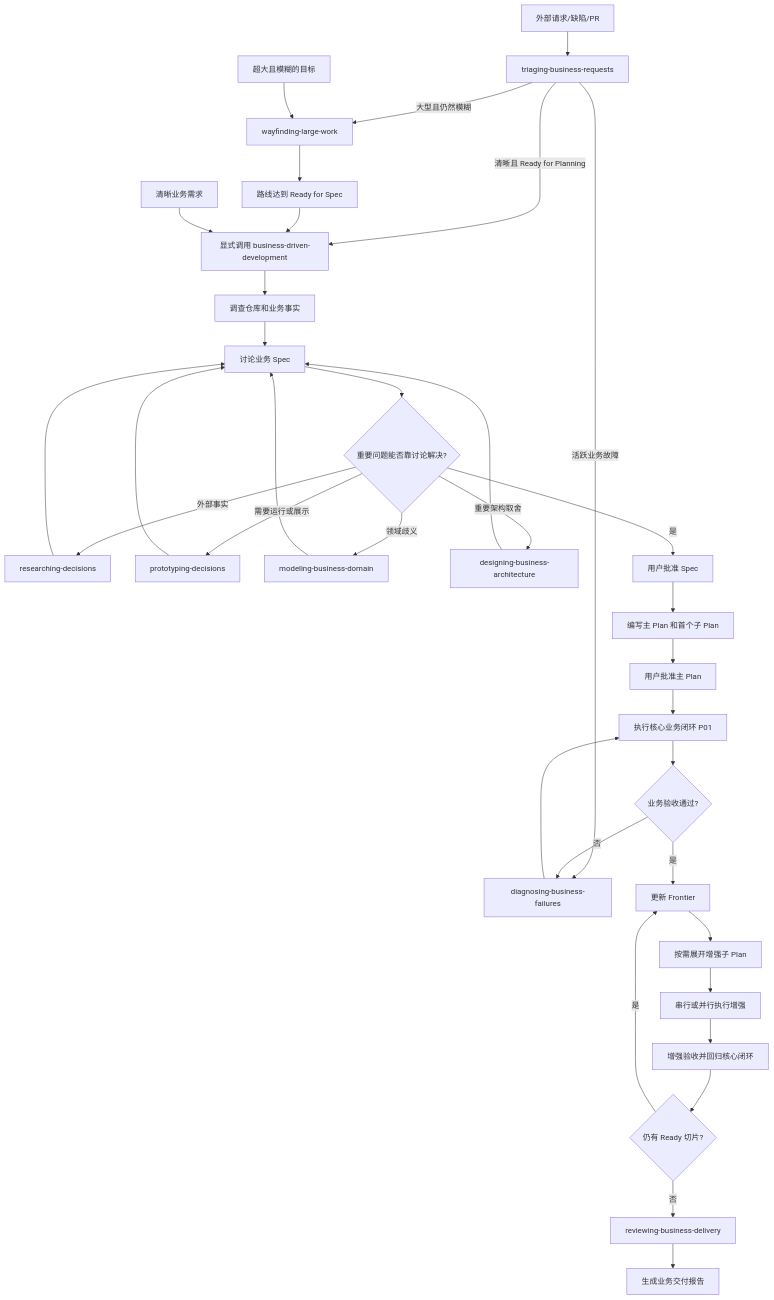
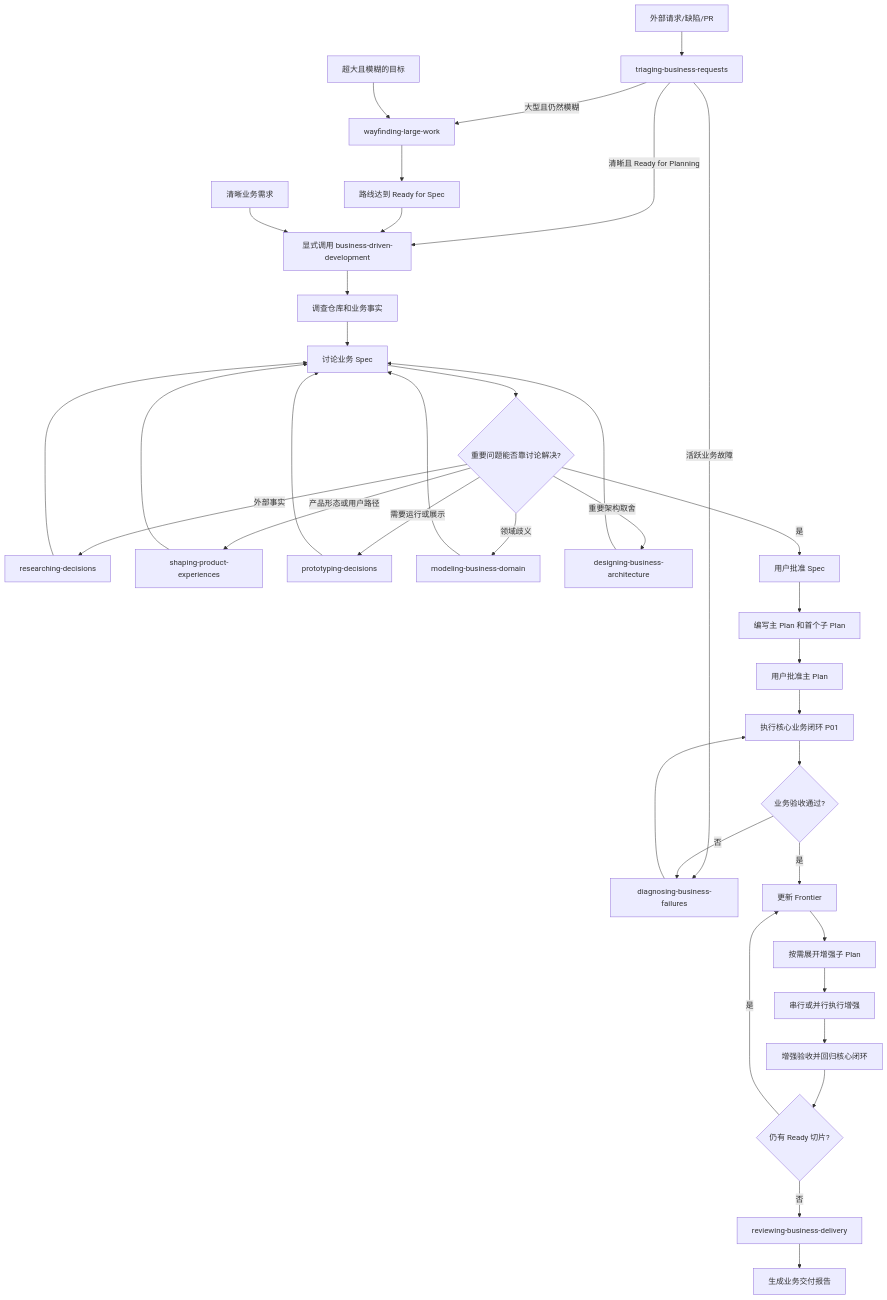
The diagram in SKILL-WORKFLOW.md (JeckChen666/Easypower), drawn with Mermaid before and after one commit. The commit also changed other lines of this file and 9 other files, not shown here.

Commit message:
feat: add product experience shaping skill

````diff
--- a/SKILL-WORKFLOW.md
+++ b/SKILL-WORKFLOW.md
@@ -25,37 +25,39 @@
 ```mermaid
 flowchart TD
     R[外部请求/缺陷/PR] --> T[triaging-business-requests]
     T -- 清晰且 Ready for Planning --> B
     T -- 大型且仍然模糊 --> W
     T -- 活跃业务故障 --> K
     Z[超大且模糊的目标] --> W[wayfinding-large-work]
     W --> A[路线达到 Ready for Spec]
     A --> B[显式调用 business-driven-development]
     Y[清晰业务需求] --> B
     B --> B1[调查仓库和业务事实]
     B1 --> C[讨论业务 Spec]
     C --> D{重要问题能否靠讨论解决?}
     D -- 外部事实 --> E[researching-decisions]
+    D -- 产品形态或用户路径 --> E5[shaping-product-experiences]
     D -- 需要运行或展示 --> E3[prototyping-decisions]
     D -- 领域歧义 --> E4[modeling-business-domain]
     D -- 重要架构取舍 --> E2[designing-business-architecture]
     E --> C
+    E5 --> C
     E3 --> C
     E4 --> C
     E2 --> C
     D -- 是 --> F[用户批准 Spec]
     F --> G[编写主 Plan 和首个子 Plan]
     G --> H[用户批准主 Plan]
     H --> I[执行核心业务闭环 P01]
     I --> J{业务验收通过?}
     J -- 否 --> K[diagnosing-business-failures]
     K --> I
     J -- 是 --> L[更新 Frontier]
     L --> M[按需展开增强子 Plan]
     M --> N[串行或并行执行增强]
     N --> O[增强验收并回归核心闭环]
     O --> P{仍有 Ready 切片?}
     P -- 是 --> L
     P -- 否 --> V[reviewing-business-delivery]
     V --> Q[生成业务交付报告]
 ```
````
